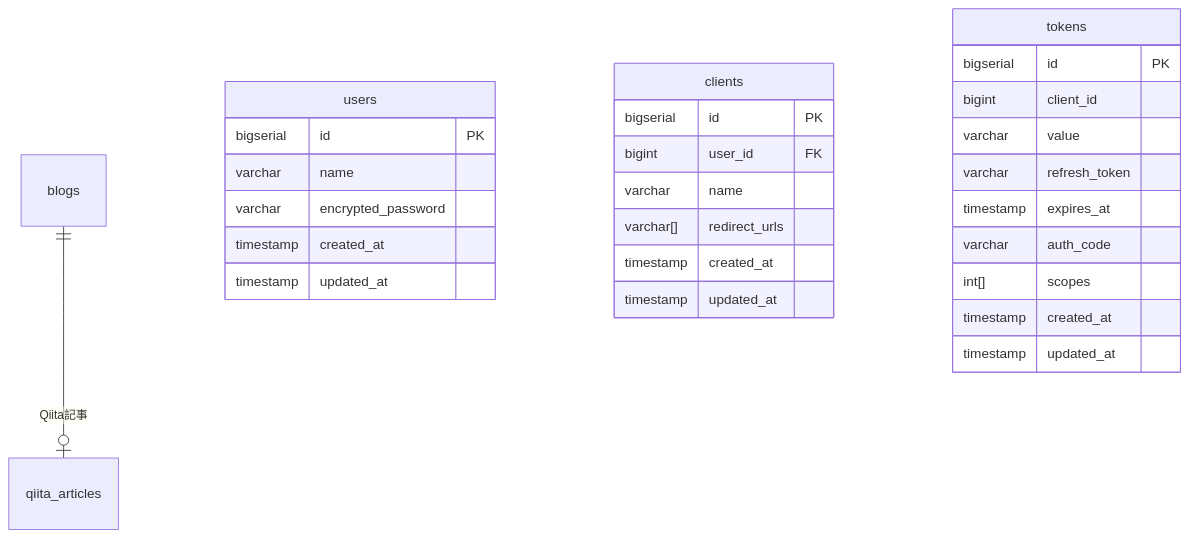
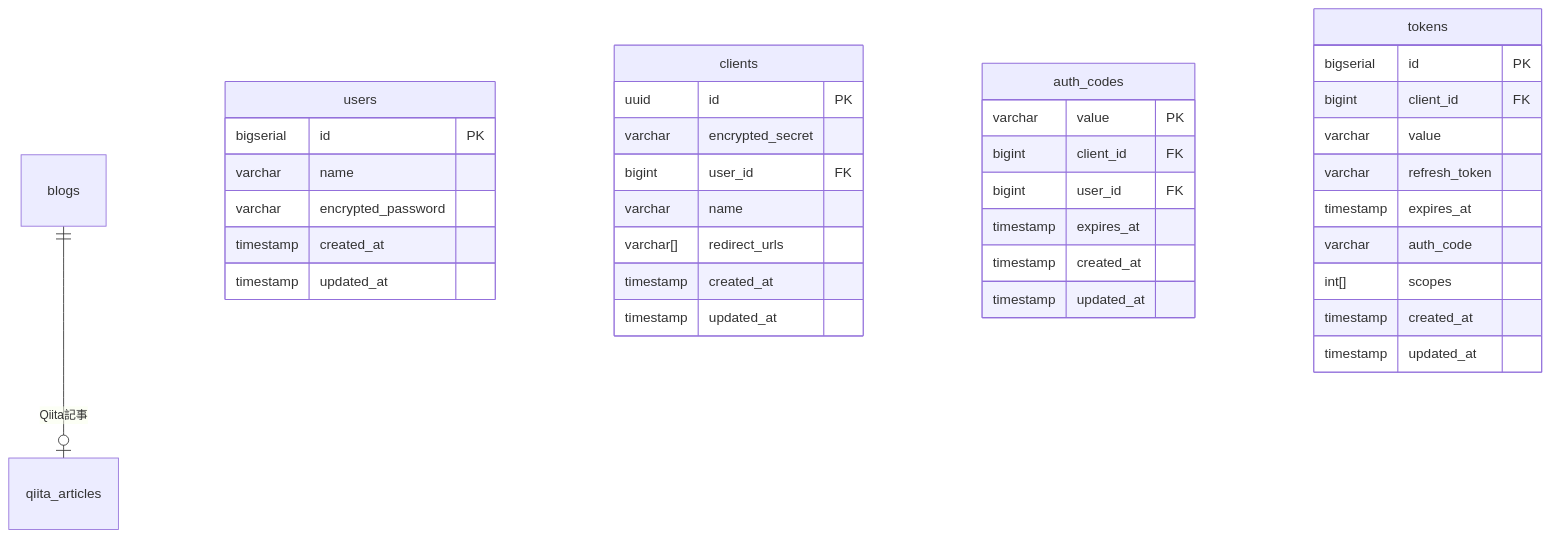
Before and after one commit to piny940/auth: the diagram in doc/er.md, drawn with Mermaid. The commit also changed 3 other files, not shown here.

````diff
--- a/doc/er.md
+++ b/doc/er.md
@@ -1,33 +1,42 @@
 ```mermaid
 erDiagram
   blogs ||--o| qiita_articles : "Qiita記事"
 
   users {
     bigserial id PK
     varchar name
     varchar encrypted_password
     timestamp created_at
     timestamp updated_at
   }
 
   clients {
-    bigserial id PK
+    uuid id PK
+    varchar encrypted_secret
     bigint user_id FK
     varchar name
     varchar[] redirect_urls
     timestamp created_at
     timestamp updated_at
   }
+  auth_codes {
+    varchar value PK
+    bigint client_id FK
+    bigint user_id FK
+    timestamp expires_at
+    timestamp created_at
+    timestamp updated_at
+  }
   tokens {
     bigserial id PK
-    bigint client_id
+    bigint client_id FK
     varchar value
     varchar refresh_token
     timestamp expires_at
     varchar auth_code
     int[] scopes
     timestamp created_at
     timestamp updated_at
   }
 
 ```
````
